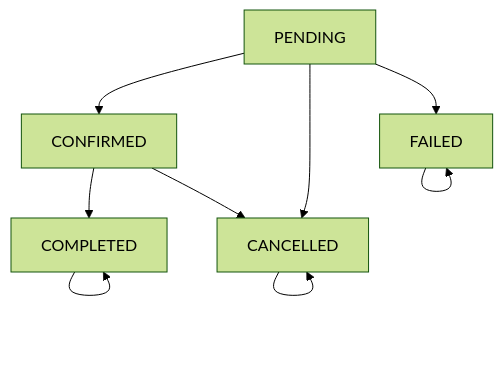
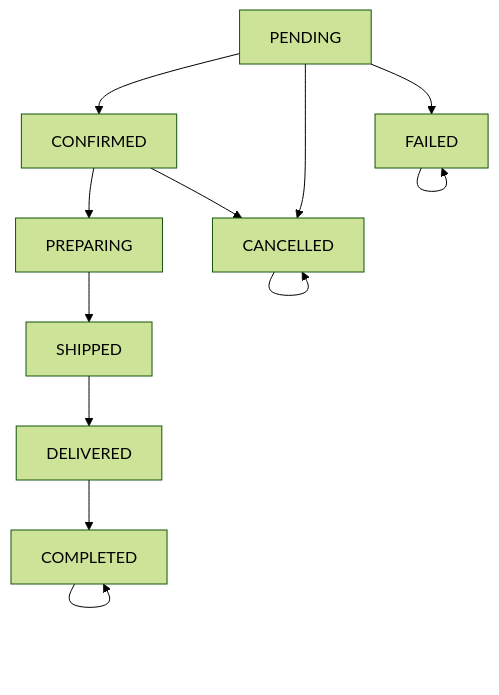
One commit to jay05410/hanghae10-for-study changed the first of 4 diagrams in ecommerce/docs/api/sequences/order/order-api.md. Above: the diagram before and after it, drawn with Mermaid (forest theme). The commit also changed other lines of this file and 4 other files, not shown here.

Commit message:
docs: ERD 변경에 따른 문서 수정

````diff
--- a/ecommerce/docs/api/sequences/order/order-api.md
+++ b/ecommerce/docs/api/sequences/order/order-api.md
@@ -227,11 +264,14 @@
 ```mermaid
 graph TD
     A[PENDING] --> B[CONFIRMED]
     A --> D[CANCELLED]
     A --> E[FAILED]
-    B --> C[COMPLETED]
+    B --> F[PREPARING]
     B --> D[CANCELLED]
+    F --> G[SHIPPED]
+    G --> H[DELIVERED]
+    H --> C[COMPLETED]
     C --> C
     D --> D
     E --> E
 ```
````
